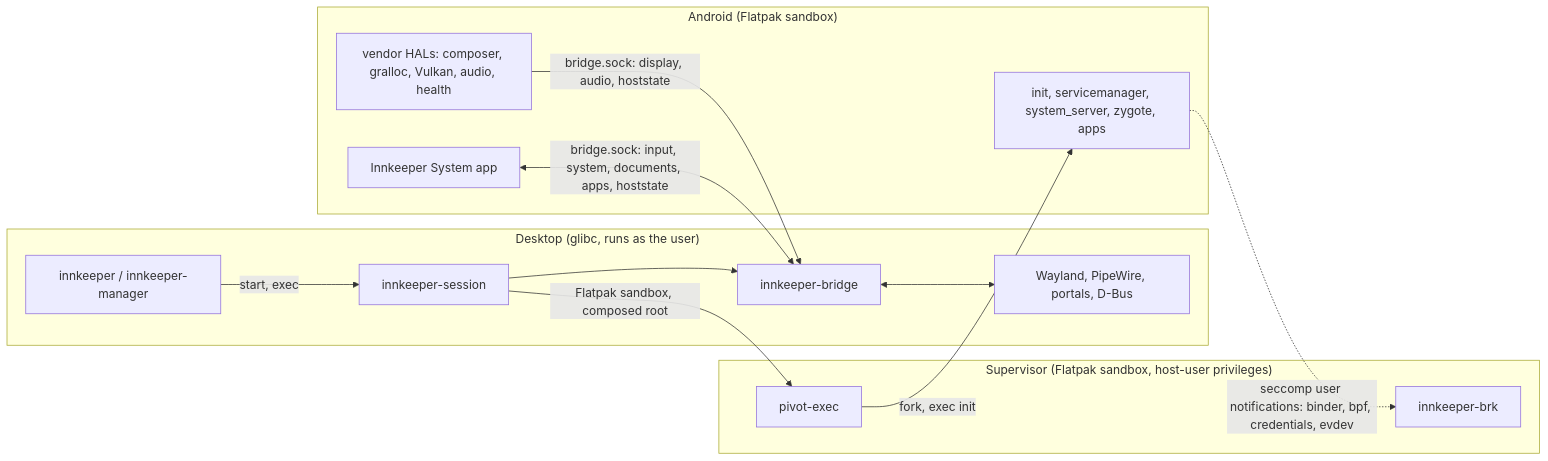
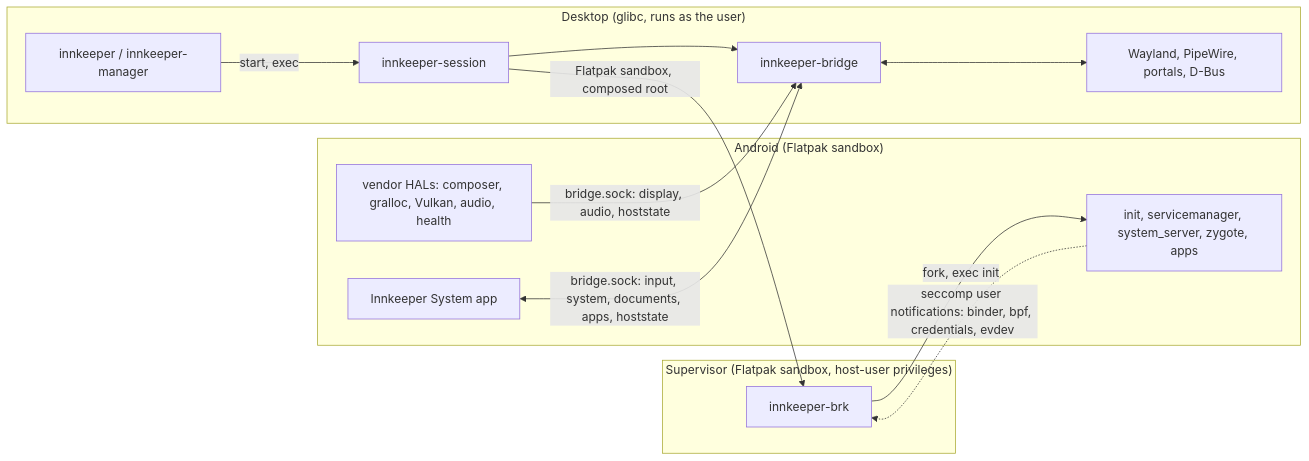
One commit to sargunv/innkeeper changed the diagram in docs/architecture.md. Above: the diagram before and after it, drawn with Mermaid. The commit also changed other lines of this file and 29 other files, not shown here.

First line of the commit message:
supervisor: fold pivot-exec into the broker

````diff
--- a/docs/architecture.md
+++ b/docs/architecture.md
@@ -9,26 +9,25 @@
 ```mermaid
 flowchart LR
   subgraph desk["Desktop (glibc, runs as the user)"]
     cli["innkeeper / innkeeper-manager"]
     launcher["innkeeper-session"]
     bridge["innkeeper-bridge"]
     host["Wayland, PipeWire, portals, D-Bus"]
   end
   subgraph sup["Supervisor (Flatpak sandbox, host-user privileges)"]
-    pivot["pivot-exec"]
     broker["innkeeper-brk"]
   end
   subgraph droid["Android (Flatpak sandbox)"]
     init["init, servicemanager, system_server, zygote, apps"]
     hal["vendor HALs: composer, gralloc, Vulkan, audio, health"]
     sysapp["Innkeeper System app"]
   end
   cli -->|"start, exec"| launcher
-  launcher -->|"Flatpak sandbox, composed root"| pivot
+  launcher -->|"Flatpak sandbox, composed root"| broker
   launcher --> bridge
-  pivot -->|"fork, exec init"| init
+  broker -->|"fork, exec init"| init
   init -. "seccomp user notifications: binder, bpf, credentials, evdev" .-> broker
   hal -->|"bridge.sock: display, audio, hoststate"| bridge
   sysapp <-->|"bridge.sock: input, system, documents, apps, hoststate"| bridge
   bridge <--> host
 ```
````
